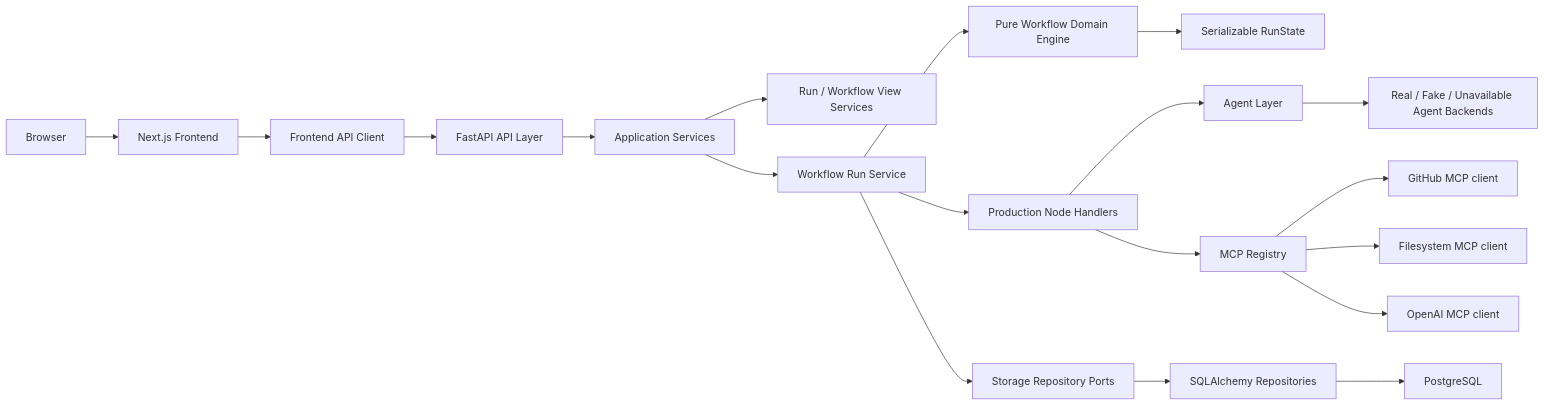
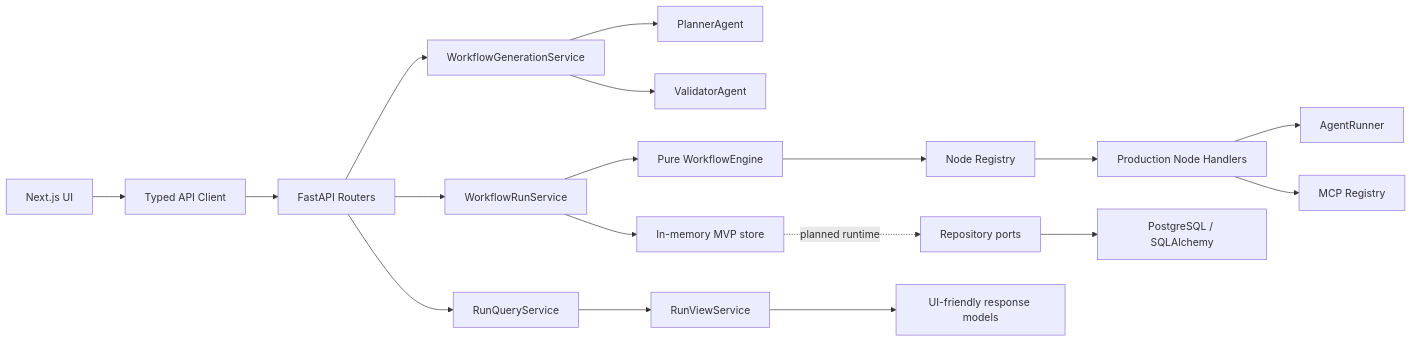
One commit to qurbaneliii/FlowPilot-MCP---AI-Workflow-Automation-Builder changed the diagram in docs/architecture.md. Above: the diagram before and after it, drawn with Mermaid. The commit also changed other lines of this file and 18 other files, not shown here.

First line of the commit message:
Enhance documentation and examples for FlowPilot

````diff
--- a/docs/architecture.md
+++ b/docs/architecture.md
@@ -7,21 +9,20 @@
 ```mermaid
 flowchart LR
-  Browser["Browser"] --> Frontend["Next.js Frontend"]
-  Frontend --> ApiClient["Frontend API Client"]
-  ApiClient --> Backend["FastAPI API Layer"]
-  Backend --> Services["Application Services"]
-  Services --> ViewModels["Run / Workflow View Services"]
-  Services --> RunService["Workflow Run Service"]
-  RunService --> Handlers["Production Node Handlers"]
-  RunService --> Domain["Pure Workflow Domain Engine"]
-  Domain --> State["Serializable RunState"]
-  RunService --> StoragePorts["Storage Repository Ports"]
-  StoragePorts --> Storage["SQLAlchemy Repositories"]
-  Storage --> Postgres["PostgreSQL"]
-  Handlers --> Agents["Agent Layer"]
+  Browser["Next.js UI"] --> Client["Typed API Client"]
+  Client --> API["FastAPI Routers"]
+  API --> Generation["WorkflowGenerationService"]
+  API --> Runner["WorkflowRunService"]
+  API --> Query["RunQueryService"]
+  Generation --> Planner["PlannerAgent"]
+  Generation --> Validator["ValidatorAgent"]
+  Runner --> Engine["Pure WorkflowEngine"]
+  Engine --> Registry["Node Registry"]
+  Registry --> Handlers["Production Node Handlers"]
+  Handlers --> Agents["AgentRunner"]
   Handlers --> MCP["MCP Registry"]
-  Agents --> AgentBackends["Real / Fake / Unavailable Agent Backends"]
-  MCP --> GitHub["GitHub MCP client"]
-  MCP --> Filesystem["Filesystem MCP client"]
-  MCP --> OpenAI["OpenAI MCP client"]
+  Query --> View["RunViewService"]
+  View --> UIState["UI-friendly response models"]
+  Runner --> Store["In-memory MVP store"]
+  Store -.planned runtime.-> Repos["Repository ports"]
+  Repos --> Postgres["PostgreSQL / SQLAlchemy"]
 ```
````
